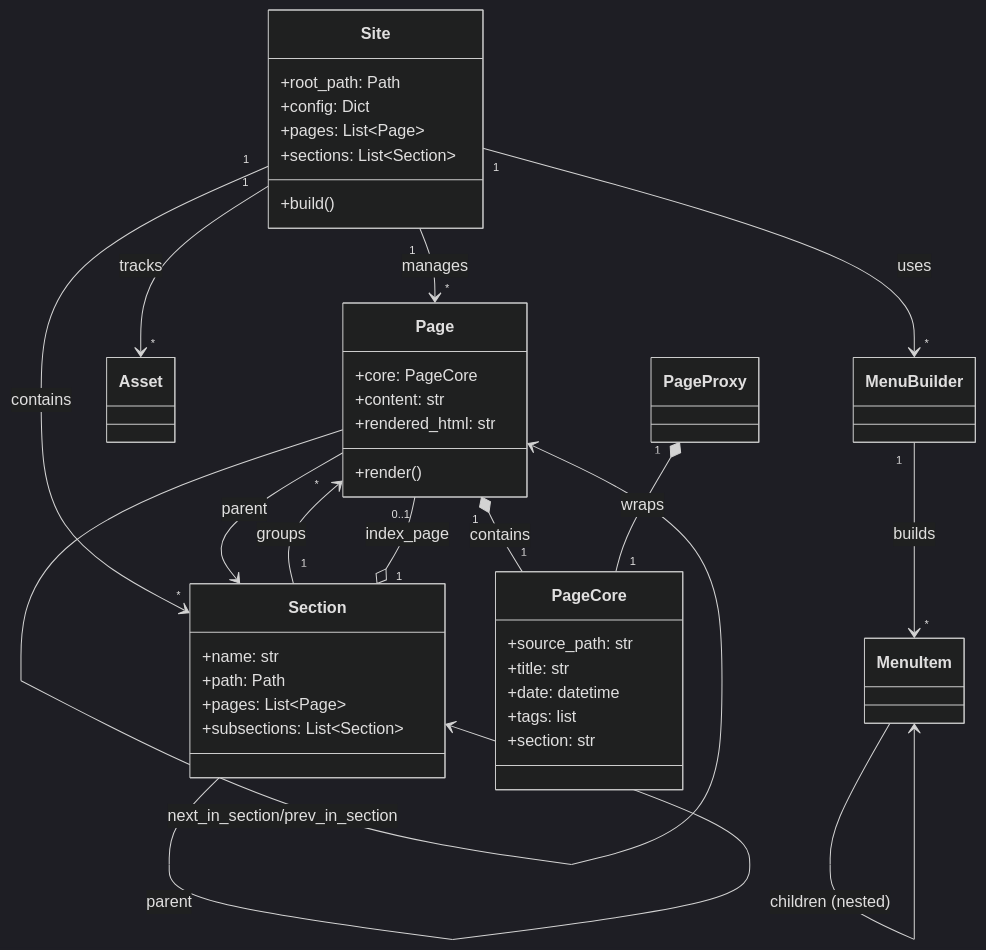
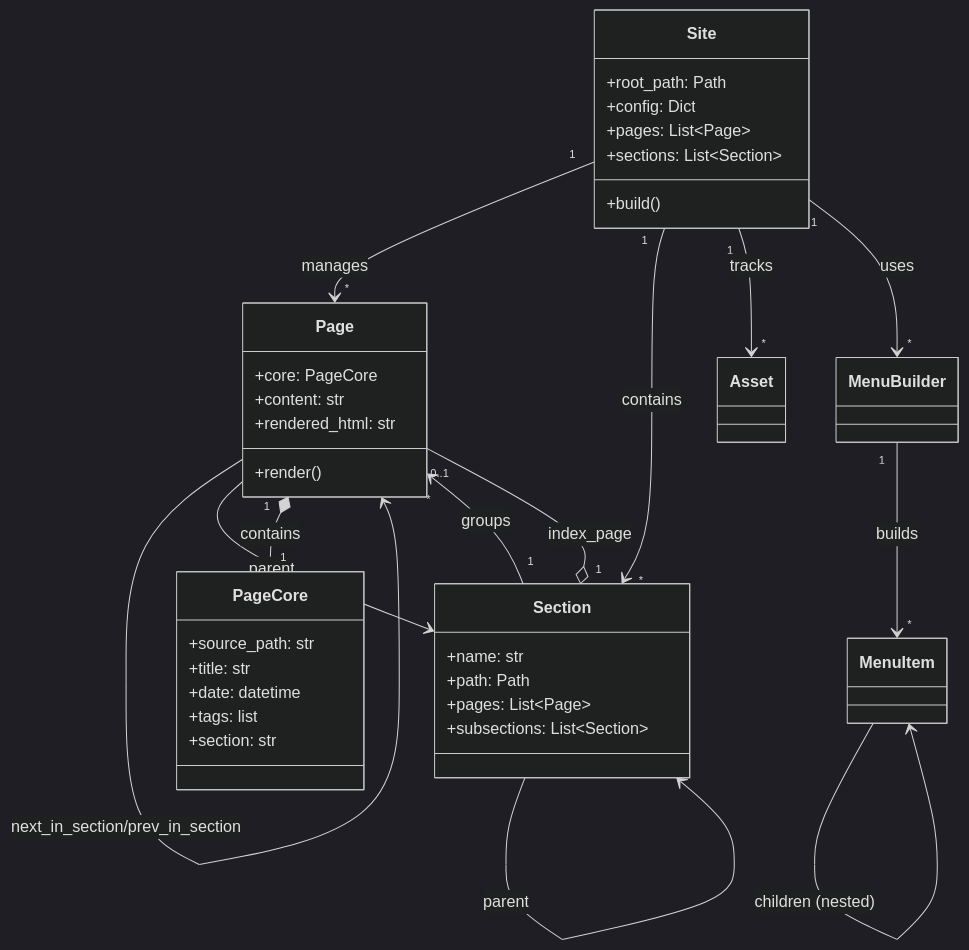
One commit to lbliii/bengal changed the diagram in site/content/docs/reference/architecture/core/object-model.md. Above: the diagram before and after it, drawn with Mermaid (dark theme). The commit also changed other lines of this file and 10 other files, not shown here.

First line of the commit message:
docs: remove stale PageProxy refs, document frozen records (#201)

````diff
--- a/site/content/docs/reference/architecture/core/object-model.md
+++ b/site/content/docs/reference/architecture/core/object-model.md
@@ -162,49 +160,48 @@
 ```mermaid
 classDiagram
     Site "1" --> "*" Page : manages
     Site "1" --> "*" Section : contains
     Site "1" --> "*" Asset : tracks
     Site "1" --> "*" MenuBuilder : uses
     MenuBuilder "1" --> "*" MenuItem : builds
     Section "1" --> "*" Page : groups
     Section "1" o-- "0..1" Page : index_page
     Section "1" --> "*" Section : subsections
     Section --> Section : parent
     Page --> Page : next/prev
     Page --> Page : next_in_section/prev_in_section
     Page --> Section : parent
     MenuItem --> MenuItem : children (nested)
 
     class Site {
         +root_path: Path
         +config: Dict
         +pages: List~Page~
         +sections: List~Section~
         +build()
     }
 
     class Page {
         +core: PageCore
         +content: str
         +rendered_html: str
         +render()
     }
 
     class PageCore {
         +source_path: str
         +title: str
         +date: datetime
         +tags: list
         +section: str
     }
 
     Page "1" *-- "1" PageCore : contains
-    PageProxy "1" *-- "1" PageCore : wraps
 
     class Section {
         +name: str
         +path: Path
         +pages: List~Page~
         +subsections: List~Section~
     }
 ```
````
